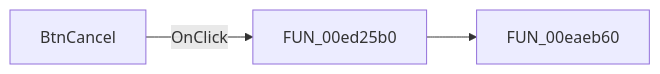
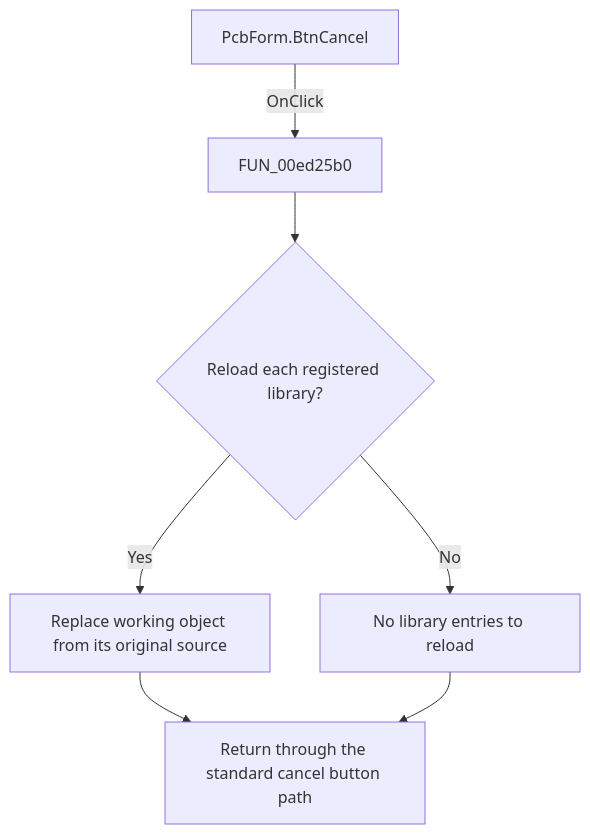
One commit to MovGP0/TIARA changed the diagram in docs/ui-controls/pcbform/btncancel-aeb0d79a07.md. Above: the diagram before and after it, drawn with Mermaid. The commit also changed other lines of this file and 1062 other files, not shown here.

````diff
--- a/docs/ui-controls/pcbform/btncancel-aeb0d79a07.md
+++ b/docs/ui-controls/pcbform/btncancel-aeb0d79a07.md
@@ -27,5 +29,9 @@
 ```mermaid
-flowchart LR
-    control["BtnCancel"] -->|OnClick| handler["FUN_00ed25b0"]
-    handler --> call1["FUN_00eaeb60"]
+flowchart TD
+    control["PcbForm.BtnCancel"] -->|OnClick| handler["FUN_00ed25b0"]
+    handler --> decision{"Reload each registered library?"}
+    decision -->|Yes| action["Replace working object from its original source"]
+    decision -->|No| noop["No library entries to reload"]
+    action --> outcome["Return through the standard cancel button path"]
+    noop --> outcome
 ```
````
